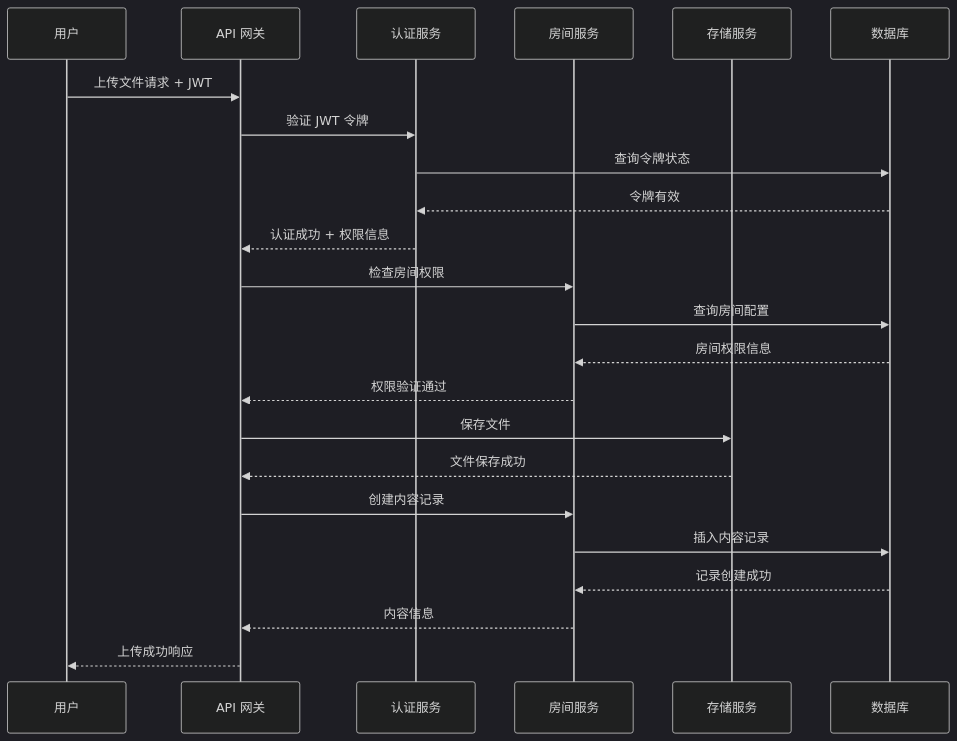
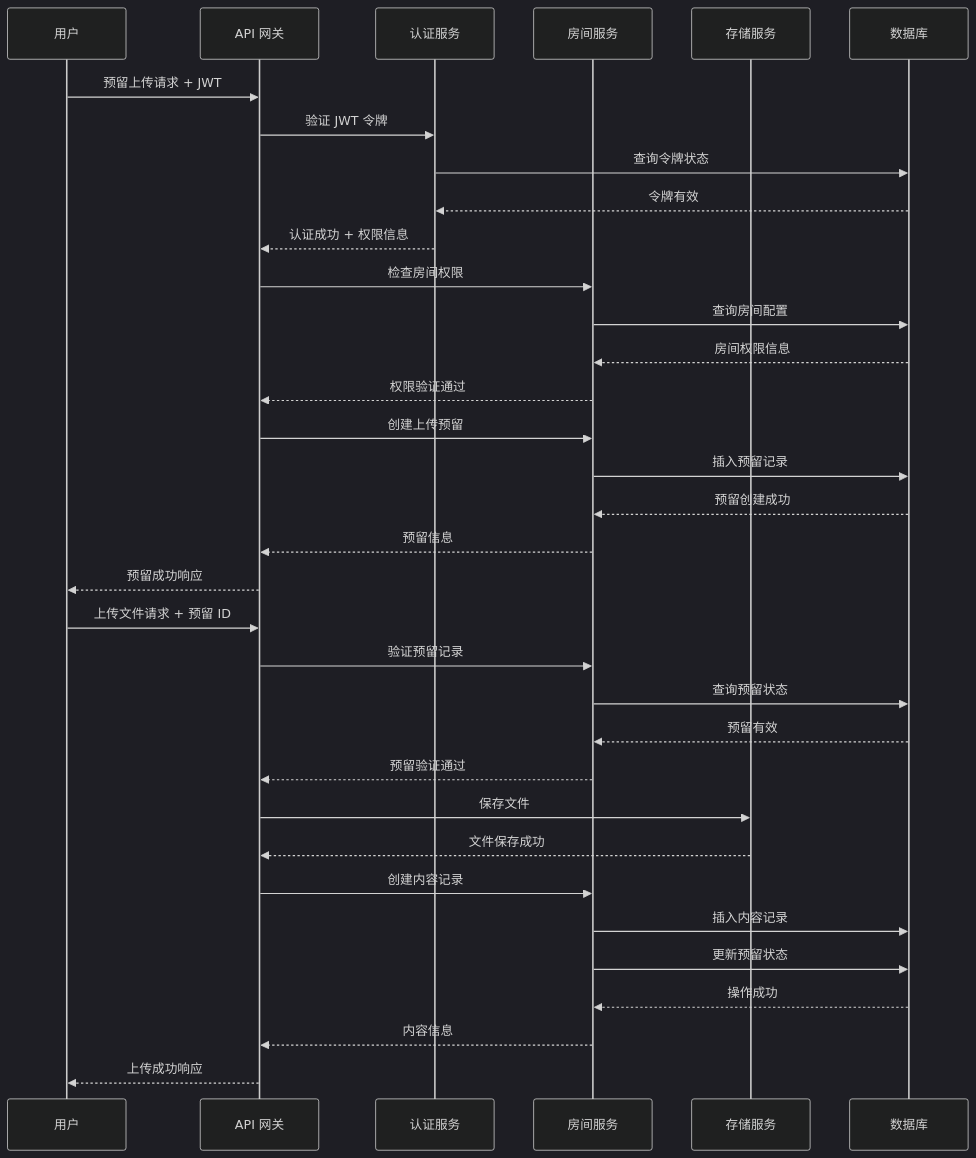
One commit to YuniqueUnic/elizabeth changed the sixth of 9 diagrams in docs/implementation/architecture.md. Above: the diagram before and after it, drawn with Mermaid (dark theme). The commit also changed other lines of this file and 8 other files, not shown here.

````diff
--- a/docs/implementation/architecture.md
+++ b/docs/implementation/architecture.md
@@ -290,26 +360,38 @@
 ```mermaid
 sequenceDiagram
     participant U as 用户
     participant API as API 网关
     participant AUTH as 认证服务
     participant ROOM as 房间服务
     participant STORAGE as 存储服务
     participant DB as 数据库
 
-    U->>API: 上传文件请求 + JWT
+    U->>API: 预留上传请求 + JWT
     API->>AUTH: 验证 JWT 令牌
     AUTH->>DB: 查询令牌状态
     DB-->>AUTH: 令牌有效
     AUTH-->>API: 认证成功 + 权限信息
     API->>ROOM: 检查房间权限
     ROOM->>DB: 查询房间配置
     DB-->>ROOM: 房间权限信息
     ROOM-->>API: 权限验证通过
+    API->>ROOM: 创建上传预留
+    ROOM->>DB: 插入预留记录
+    DB-->>ROOM: 预留创建成功
+    ROOM-->>API: 预留信息
+    API-->>U: 预留成功响应
+
+    U->>API: 上传文件请求 + 预留 ID
+    API->>ROOM: 验证预留记录
+    ROOM->>DB: 查询预留状态
+    DB-->>ROOM: 预留有效
+    ROOM-->>API: 预留验证通过
     API->>STORAGE: 保存文件
     STORAGE-->>API: 文件保存成功
     API->>ROOM: 创建内容记录
     ROOM->>DB: 插入内容记录
-    DB-->>ROOM: 记录创建成功
+    ROOM->>DB: 更新预留状态
+    DB-->>ROOM: 操作成功
     ROOM-->>API: 内容信息
     API-->>U: 上传成功响应
 ```
````
